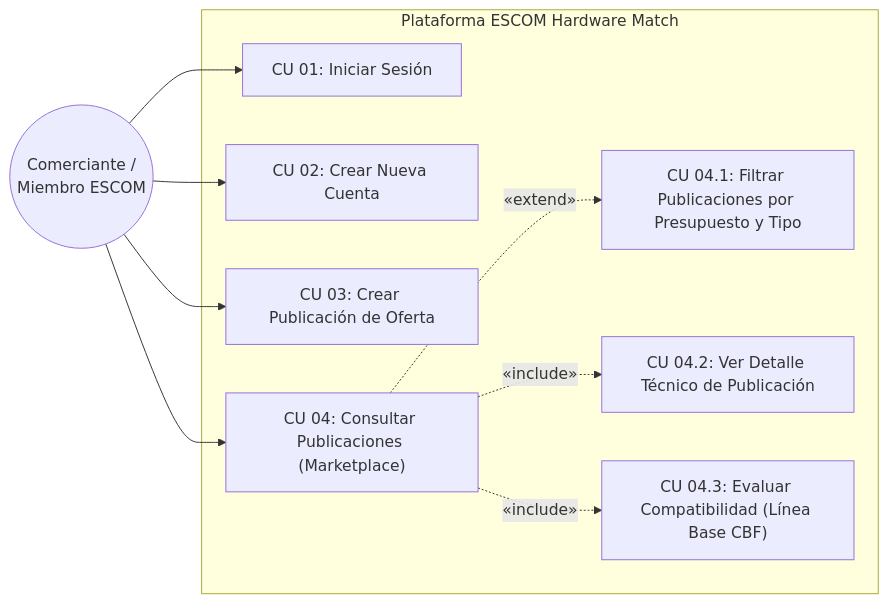
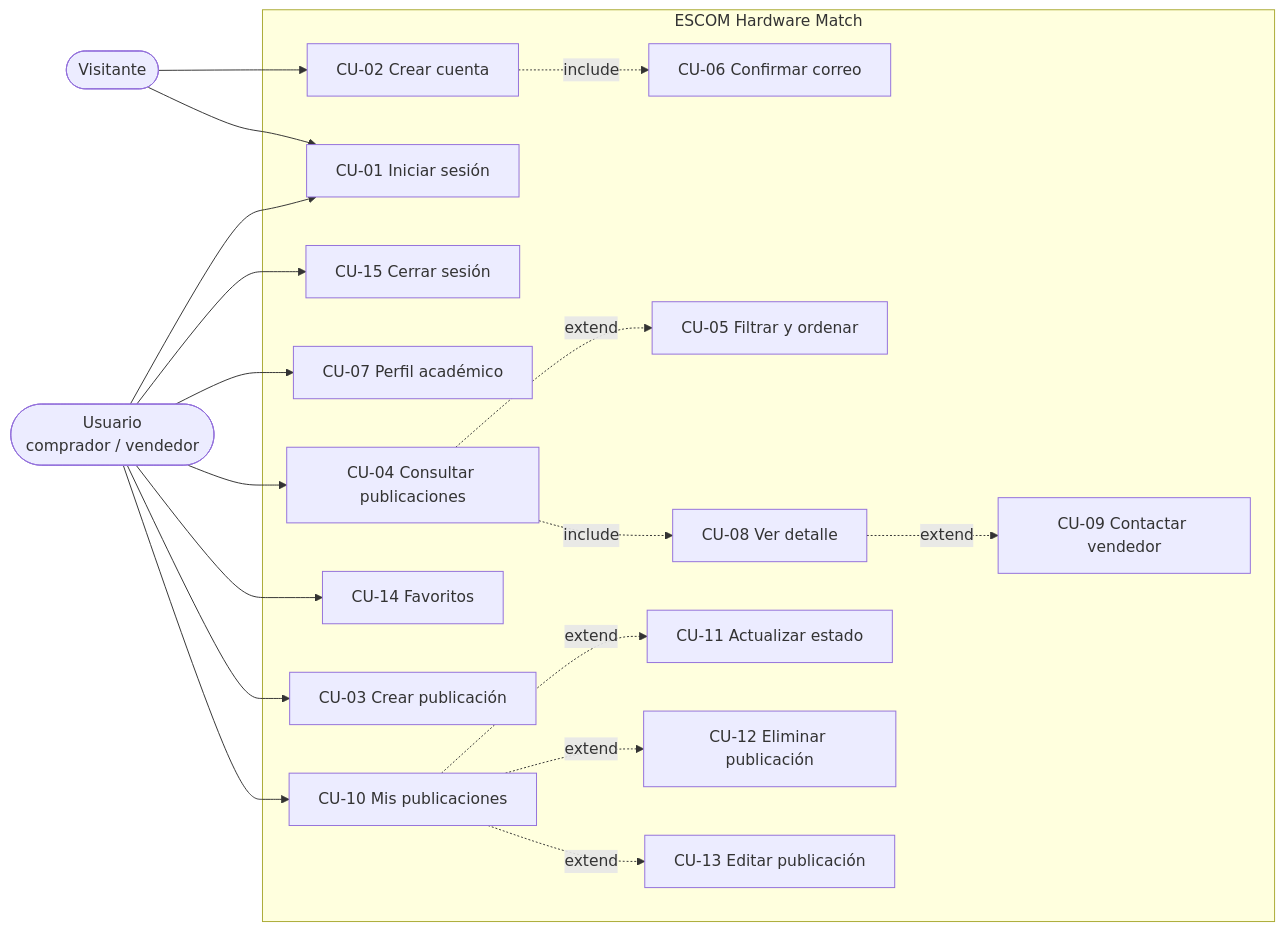
Before and after one commit to PabloGranados/TT-2027-A196-ESCOM: the diagram in DOCUMENTACION_CASOS_DE_USO.md, drawn with Mermaid. The commit also changed other lines of this file and 14 other files, not shown here.

Commit message:
docs: actualizacion integral de documentacion, generador de PDF con diagramas Mermaid y blindaje de seguridad (.env y privacidad)

````diff
--- a/DOCUMENTACION_CASOS_DE_USO.md
+++ b/DOCUMENTACION_CASOS_DE_USO.md
@@ -26,23 +42,43 @@
 ```mermaid
 flowchart LR
-    Actor((Comerciante /<br/>Miembro ESCOM))
+    V(["Visitante"])
+    U(["Usuario<br/>comprador / vendedor"])
 
-    subgraph Plataforma ESCOM Hardware Match
-        CU01["CU 01: Iniciar Sesión"]
-        CU02["CU 02: Crear Nueva Cuenta"]
-        CU03["CU 03: Crear Publicación de Oferta"]
-        CU04["CU 04: Consultar Publicaciones (Marketplace)"]
-        CU04_1["CU 04.1: Filtrar Publicaciones por Presupuesto y Tipo"]
-        CU04_2["CU 04.2: Ver Detalle Técnico de Publicación"]
-        CU04_3["CU 04.3: Evaluar Compatibilidad (Línea Base CBF)"]
+    subgraph Plataforma["ESCOM Hardware Match"]
+        CU02["CU-02 Crear cuenta"]
+        CU06["CU-06 Confirmar correo"]
+        CU01["CU-01 Iniciar sesión"]
+        CU15["CU-15 Cerrar sesión"]
+        CU07["CU-07 Perfil académico"]
+
+        CU04["CU-04 Consultar publicaciones"]
+        CU05["CU-05 Filtrar y ordenar"]
+        CU08["CU-08 Ver detalle"]
+        CU09["CU-09 Contactar vendedor"]
+        CU14["CU-14 Favoritos"]
+
+        CU03["CU-03 Crear publicación"]
+        CU10["CU-10 Mis publicaciones"]
+        CU11["CU-11 Actualizar estado"]
+        CU12["CU-12 Eliminar publicación"]
+        CU13["CU-13 Editar publicación"]
     end
 
-    Actor --> CU01
-    Actor --> CU02
-    Actor --> CU03
-    Actor --> CU04
+    V --> CU02
+    V --> CU01
+    U --> CU01
+    U --> CU15
+    U --> CU07
+    U --> CU04
+    U --> CU03
+    U --> CU10
+    U --> CU14
 
-    CU04 -.->|«extend»| CU04_1
-    CU04 -.->|«include»| CU04_2
-    CU04 -.->|«include»| CU04_3
+    CU02 -.->|include| CU06
+    CU04 -.->|extend| CU05
+    CU04 -.->|include| CU08
+    CU08 -.->|extend| CU09
+    CU10 -.->|extend| CU11
+    CU10 -.->|extend| CU12
+    CU10 -.->|extend| CU13
 ```
````
